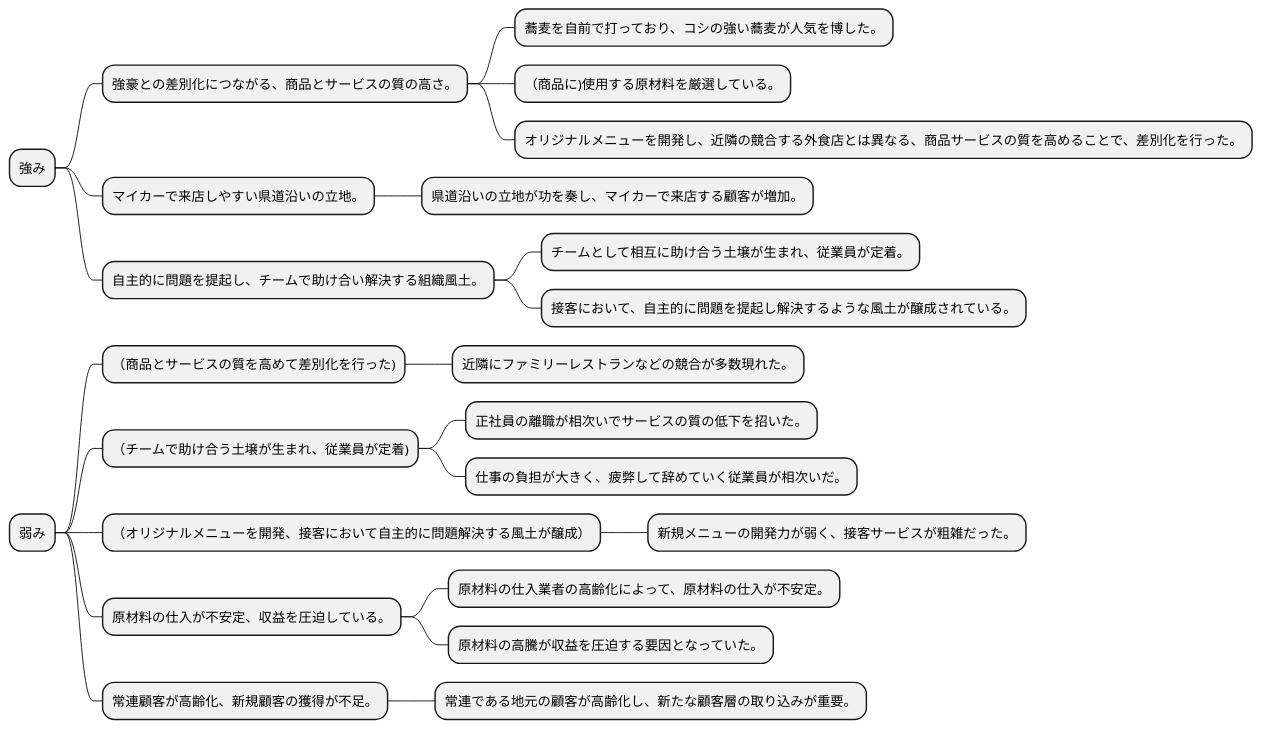
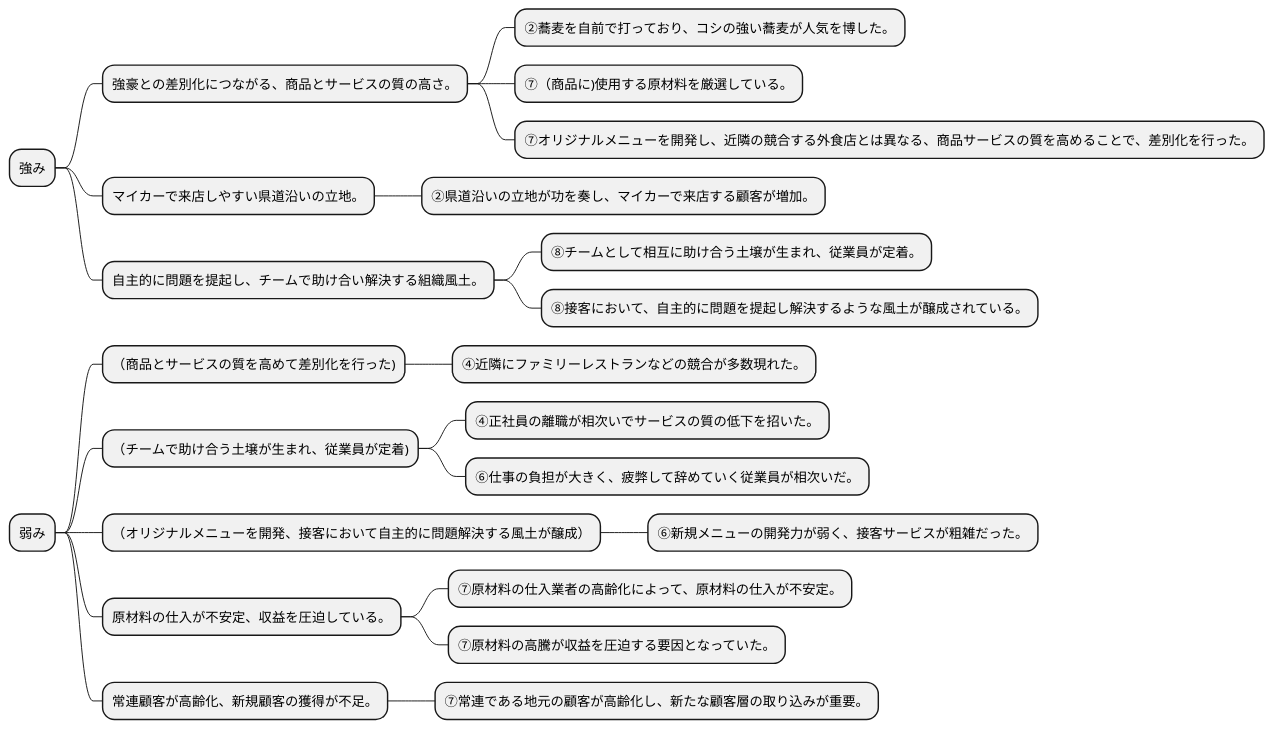
The first of 11 diagrams in docs/case/study/R05/r05_case_1_study_2.adoc (k2works/case-study-business-analysis), drawn with PlantUML before and after one commit. The commit also changed other lines of this file, not shown here.

```diff
--- a/docs/case/study/R05/r05_case_1_study_2.adoc
+++ b/docs/case/study/R05/r05_case_1_study_2.adoc
@@ -48,30 +48,30 @@
 [plantuml]
 ----
 @startmindmap
 
 * 強み
 ** 強豪との差別化につながる、商品とサービスの質の高さ。
-*** 蕎麦を自前で打っており、コシの強い蕎麦が人気を博した。
-*** （商品に)使用する原材料を厳選している。
-*** オリジナルメニューを開発し、近隣の競合する外食店とは異なる、商品サービスの質を高めることで、差別化を行った。
+*** ②蕎麦を自前で打っており、コシの強い蕎麦が人気を博した。
+*** ⑦（商品に)使用する原材料を厳選している。
+*** ⑦オリジナルメニューを開発し、近隣の競合する外食店とは異なる、商品サービスの質を高めることで、差別化を行った。
 ** マイカーで来店しやすい県道沿いの立地。
-*** 県道沿いの立地が功を奏し、マイカーで来店する顧客が増加。
+*** ②県道沿いの立地が功を奏し、マイカーで来店する顧客が増加。
 ** 自主的に問題を提起し、チームで助け合い解決する組織風土。
-*** チームとして相互に助け合う土壌が生まれ、従業員が定着。
-*** 接客において、自主的に問題を提起し解決するような風土が醸成されている。
+*** ⑧チームとして相互に助け合う土壌が生まれ、従業員が定着。
+*** ⑧接客において、自主的に問題を提起し解決するような風土が醸成されている。
 * 弱み
 ** （商品とサービスの質を高めて差別化を行った)
-*** 近隣にファミリーレストランなどの競合が多数現れた。
+*** ④近隣にファミリーレストランなどの競合が多数現れた。
 ** （チームで助け合う土壌が生まれ、従業員が定着)
-*** 正社員の離職が相次いでサービスの質の低下を招いた。
-*** 仕事の負担が大きく、疲弊して辞めていく従業員が相次いだ。
+*** ④正社員の離職が相次いでサービスの質の低下を招いた。
+*** ⑥仕事の負担が大きく、疲弊して辞めていく従業員が相次いだ。
 ** （オリジナルメニューを開発、接客において自主的に問題解決する風土が醸成）
-*** 新規メニューの開発力が弱く、接客サービスが粗雑だった。
+*** ⑥新規メニューの開発力が弱く、接客サービスが粗雑だった。
 ** 原材料の仕入が不安定、収益を圧迫している。
-*** 原材料の仕入業者の高齢化によって、原材料の仕入が不安定。
-*** 原材料の高騰が収益を圧迫する要因となっていた。
+*** ⑦原材料の仕入業者の高齢化によって、原材料の仕入が不安定。
+*** ⑦原材料の高騰が収益を圧迫する要因となっていた。
 ** 常連顧客が高齢化、新規顧客の獲得が不足。
-*** 常連である地元の顧客が高齢化し、新たな顧客層の取り込みが重要。
+*** ⑦常連である地元の顧客が高齢化し、新たな顧客層の取り込みが重要。
 
 @endmindmap
 ----
```
